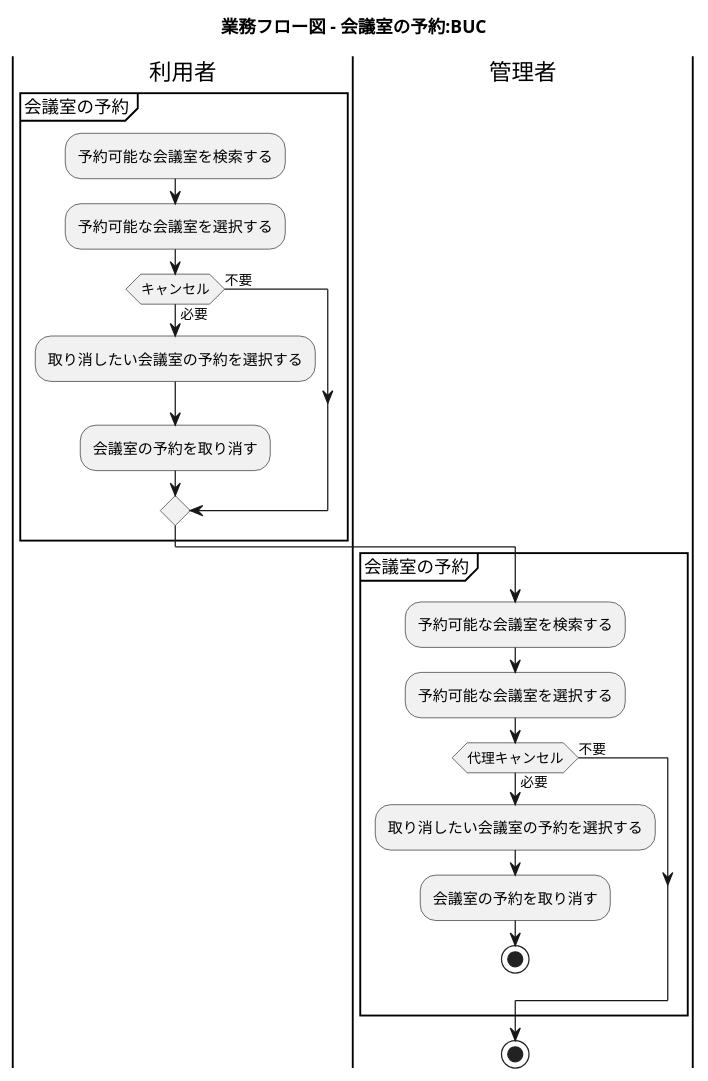
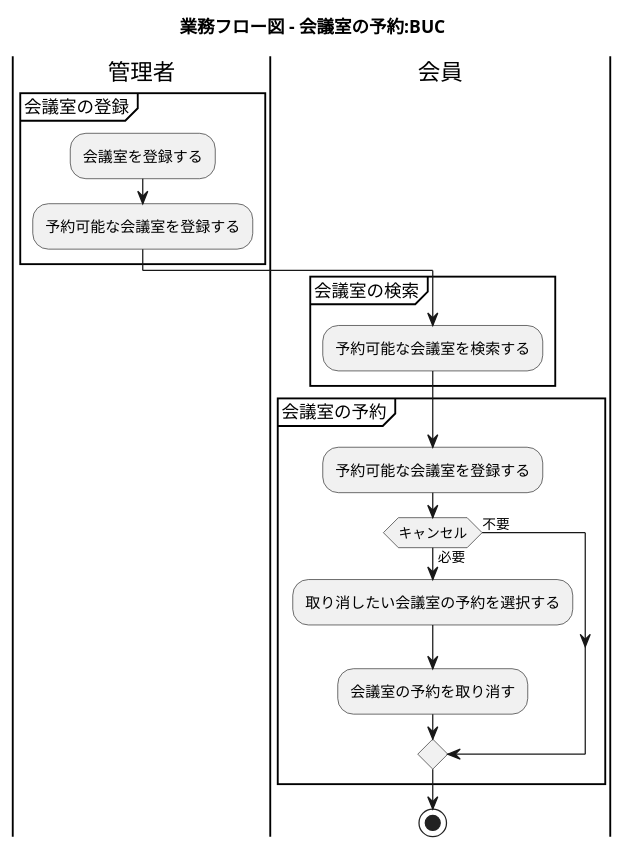
Before and after one commit to k2works/case-study-mrs: the sixth of 23 diagrams in docs/index.adoc, drawn with PlantUML. The commit also changed other lines of this file, not shown here.

Commit message:
docs: 業務フロー修正

```diff
--- a/docs/index.adoc
+++ b/docs/index.adoc
@@ -197,32 +197,30 @@
 [plantuml]
 ----
 @startuml
 
 title 業務フロー図 - 会議室の予約:BUC
 
-|利用者|
+|管理者|
+partition 会議室の登録 {
+  :会議室を登録する;
+  :予約可能な会議室を登録する;
+}
+
+|会員|
+partition 会議室の検索 {
+  :予約可能な会議室を検索する;
+}
+
 partition 会議室の予約 {
-  :予約可能な会議室を検索する;
-  :予約可能な会議室を選択する;
+  :予約可能な会議室を登録する;
    if (キャンセル) then (必要)
     :取り消したい会議室の予約を選択する;
     :会議室の予約を取り消す;
    else (不要)
    endif
 }
 
-|管理者|
-partition 会議室の予約 {
-  :予約可能な会議室を検索する;
-  :予約可能な会議室を選択する;
-   if (代理キャンセル) then (必要)
-    :取り消したい会議室の予約を選択する;
-    :会議室の予約を取り消す;
-   stop
-   else (不要)
-   endif
-}
 stop
 
 @enduml
 ----
```
